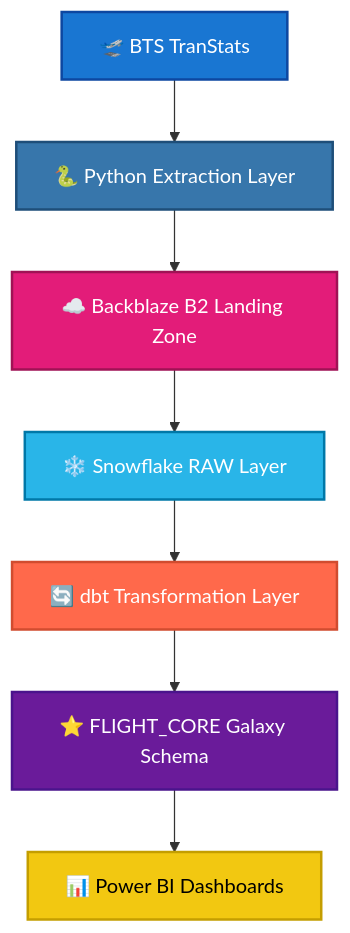
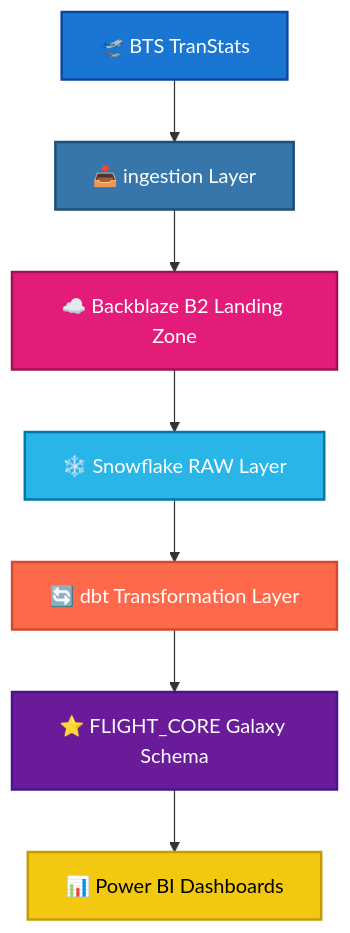
Before and after one commit to A7medM0hsen/The-Data-Architect-Lab: the first of 2 diagrams in README.md, drawn with Mermaid. The commit also changed other lines of this file and 18 other files, not shown here.

````diff
--- a/README.md
+++ b/README.md
@@ -136,25 +103,25 @@
 ```mermaid
 flowchart TD
     A["🛫 BTS TranStats"]:::source
-    B["🐍 Python Extraction Layer"]:::python
+    B["📥 ingestion Layer"]:::python
     C["☁️ Backblaze B2 Landing Zone"]:::storage
     D["❄️ Snowflake RAW Layer"]:::snowflake
     E["🔄 dbt Transformation Layer"]:::dbt
     F["⭐ FLIGHT_CORE Galaxy Schema"]:::warehouse
     G["📊 Power BI Dashboards"]:::bi
 
     A --> B
     B --> C
     C --> D
     D --> E
     E --> F
     F --> G
 
     classDef source fill:#1976D2,color:#fff,stroke:#0D47A1,stroke-width:2px;
     classDef python fill:#3776AB,color:#fff,stroke:#1E4E79,stroke-width:2px;
     classDef storage fill:#E31C79,color:#fff,stroke:#A01255,stroke-width:2px;
     classDef snowflake fill:#29B5E8,color:#fff,stroke:#0078A8,stroke-width:2px;
     classDef dbt fill:#FF694B,color:#fff,stroke:#D14C2F,stroke-width:2px;
     classDef warehouse fill:#6A1B9A,color:#fff,stroke:#4A148C,stroke-width:2px;
     classDef bi fill:#F2C811,color:#000,stroke:#C49E00,stroke-width:2px;
 ```
````
